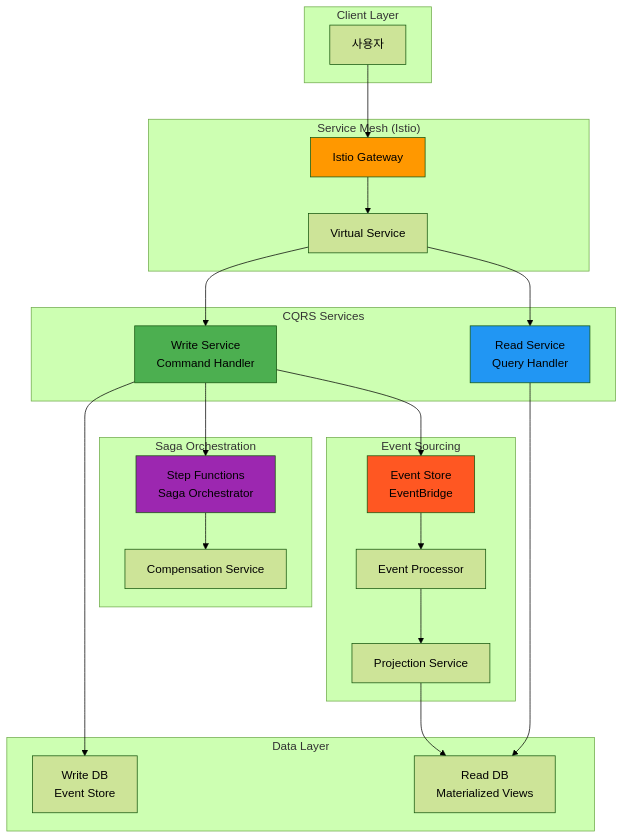
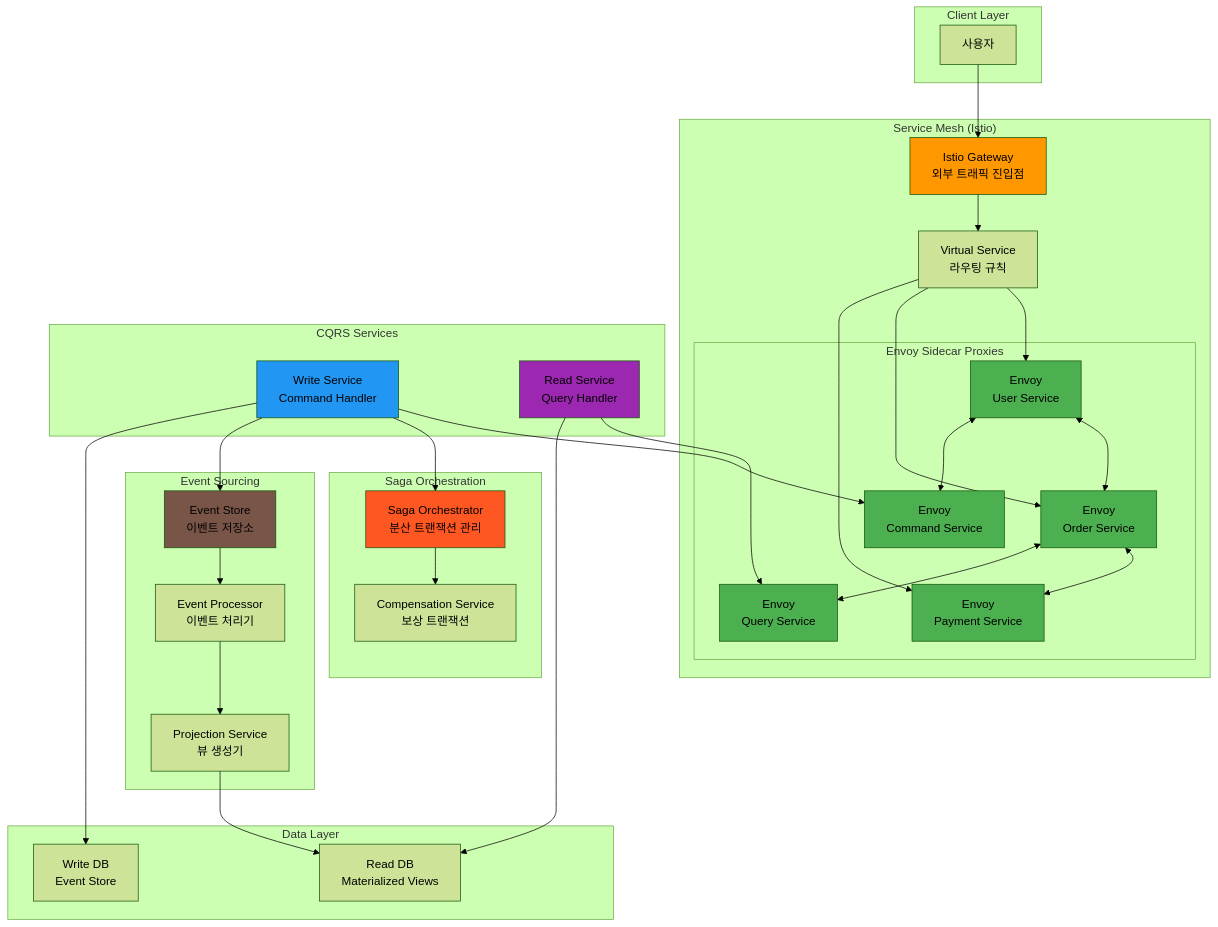
One commit to niceguy61/kdt_devops_lecture_2025 changed the first of 2 diagrams in theory/week_04/day1/handson_1.md. Above: the diagram before and after it, drawn with Mermaid (forest theme). The commit also changed other lines of this file and 2 other files, not shown here.

````diff
--- a/theory/week_04/day1/handson_1.md
+++ b/theory/week_04/day1/handson_1.md
@@ -36,54 +39,73 @@
 ```mermaid
 graph TB
     subgraph "Client Layer"
         U[사용자]
     end
     
     subgraph "Service Mesh (Istio)"
-        IG[Istio Gateway]
-        VS[Virtual Service]
+        IG[Istio Gateway<br/>외부 트래픽 진입점]
+        VS[Virtual Service<br/>라우팅 규칙]
+        
+        subgraph "Envoy Sidecar Proxies"
+            E1[Envoy<br/>User Service]
+            E2[Envoy<br/>Order Service]
+            E3[Envoy<br/>Payment Service]
+            E4[Envoy<br/>Command Service]
+            E5[Envoy<br/>Query Service]
+        end
     end
     
     subgraph "CQRS Services"
-        WS[Write Service<br/>Command Handler]
-        RS[Read Service<br/>Query Handler]
+        WS[Write Service<br/>Command Handler] --> E4
+        RS[Read Service<br/>Query Handler] --> E5
     end
     
     subgraph "Saga Orchestration"
-        SF[Step Functions<br/>Saga Orchestrator]
-        CS[Compensation Service]
+        SF[Saga Orchestrator<br/>분산 트랜잭션 관리]
+        CS[Compensation Service<br/>보상 트랜잭션]
     end
     
     subgraph "Event Sourcing"
-        ES[Event Store<br/>EventBridge]
-        EP[Event Processor]
-        PR[Projection Service]
+        ES[Event Store<br/>이벤트 저장소]
+        EP[Event Processor<br/>이벤트 처리기]
+        PR[Projection Service<br/>뷰 생성기]
     end
     
     subgraph "Data Layer"
         WDB[Write DB<br/>Event Store]
         RDB[Read DB<br/>Materialized Views]
     end
     
     U --> IG
     IG --> VS
-    VS --> WS
-    VS --> RS
+    VS --> E1
+    VS --> E2
+    VS --> E3
+    
+    E1 <--> E2
+    E2 <--> E3
+    E1 <--> E4
+    E2 <--> E5
     
     WS --> SF
     SF --> CS
     
     WS --> ES
     ES --> EP
     EP --> PR
     PR --> RDB
     
     WS --> WDB
     RS --> RDB
     
     style IG fill:#ff9800
-    style WS fill:#4caf50
-    style RS fill:#2196f3
-    style SF fill:#9c27b0
-    style ES fill:#ff5722
+    style E1 fill:#4caf50
+    style E2 fill:#4caf50
+    style E3 fill:#4caf50
+    style E4 fill:#4caf50
+    style E5 fill:#4caf50
+    style WS fill:#2196f3
+    style RS fill:#9c27b0
+    style SF fill:#ff5722
+    style ES fill:#795548
 ```
````
